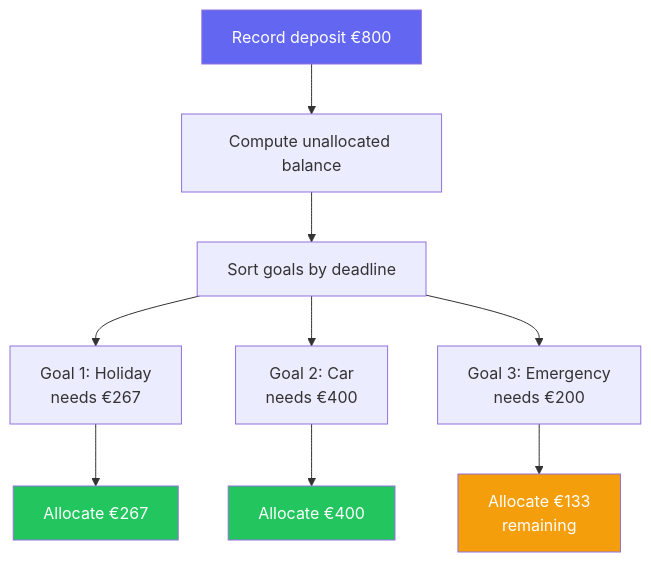
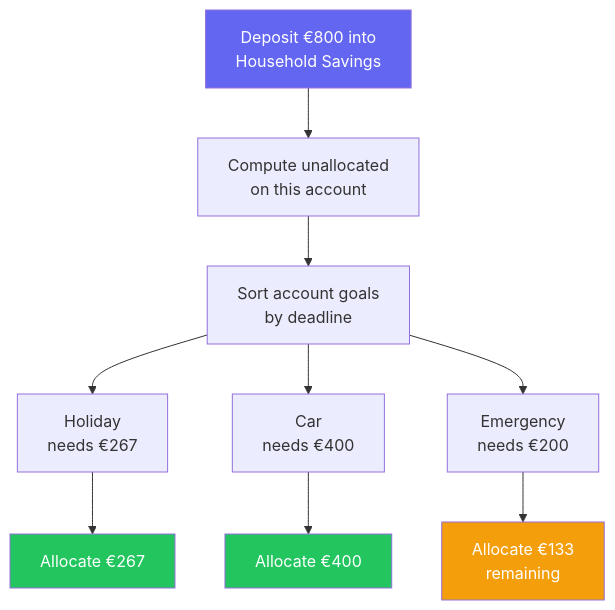
One commit to tiagorocha94/hh-docs changed the diagram in docs/features/goals.md. Above: the diagram before and after it, drawn with Mermaid. The commit also changed other lines of this file and 1 other file, not shown here.

First line of the commit message:
docs: update goals feature doc for accountgoal model

````diff
--- a/docs/features/goals.md
+++ b/docs/features/goals.md
@@ -33,16 +47,16 @@
 ```mermaid
 graph TD
-    D[Record deposit €800] --> C[Compute unallocated balance]
-    C --> S[Sort goals by deadline]
-    S --> G1[Goal 1: Holiday<br/>needs €267]
-    S --> G2[Goal 2: Car<br/>needs €400]
-    S --> G3[Goal 3: Emergency<br/>needs €200]
+    D[Deposit €800 into<br/>Household Savings] --> C[Compute unallocated<br/>on this account]
+    C --> S[Sort account goals<br/>by deadline]
+    S --> G1[Holiday<br/>needs €267]
+    S --> G2[Car<br/>needs €400]
+    S --> G3[Emergency<br/>needs €200]
     G1 --> A1[Allocate €267]
     G2 --> A2[Allocate €400]
     G3 --> A3[Allocate €133<br/>remaining]
 
     style D fill:#6366f1,color:#fff
     style A1 fill:#22c55e,color:#fff
     style A2 fill:#22c55e,color:#fff
     style A3 fill:#f59e0b,color:#fff
 ```
````
